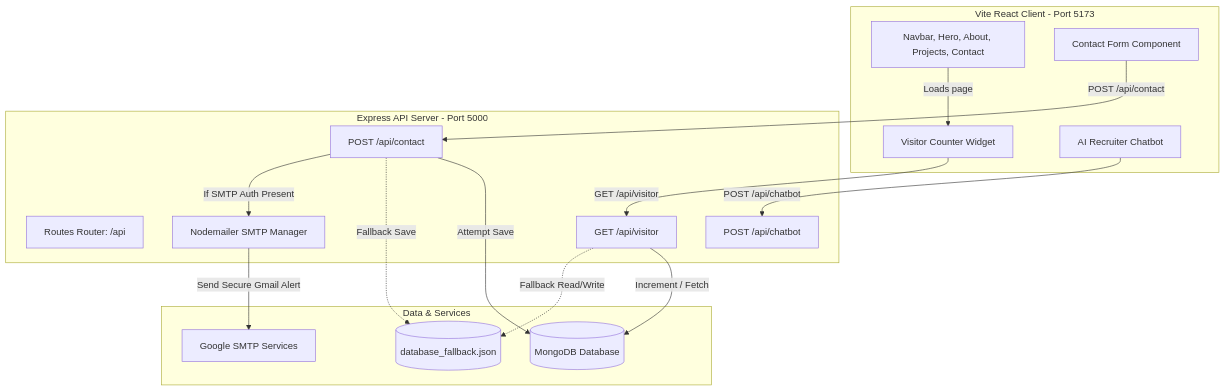
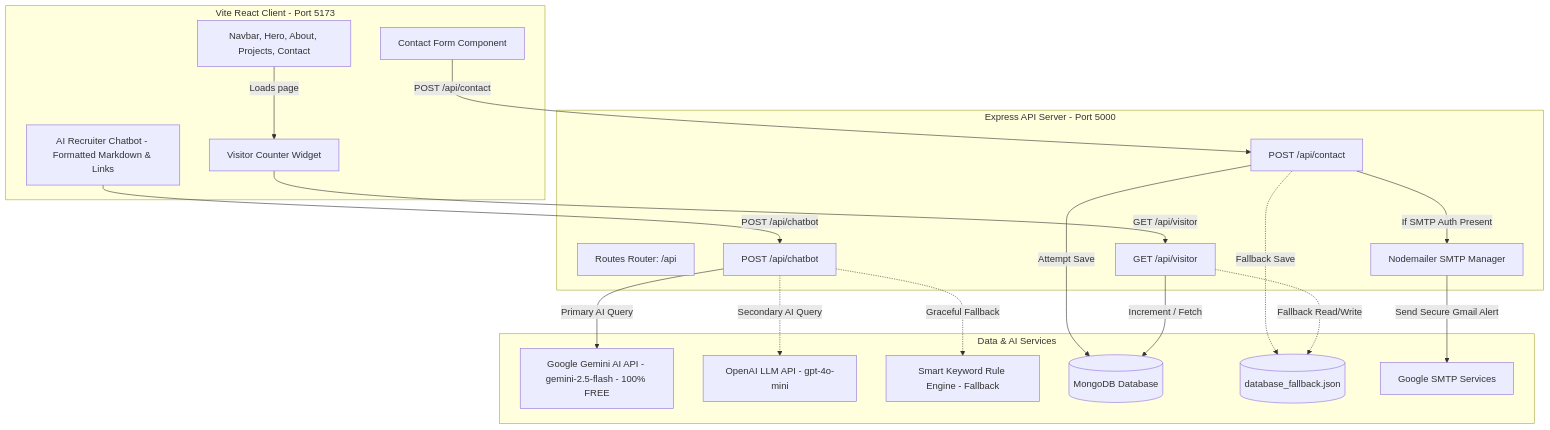
Before and after one commit to Mansehaj12/Personal_Portfolio: the diagram in README.md, drawn with Mermaid. The commit also changed other lines of this file, not shown here.

Commit message:
docs: update README with Google Gemini AI integration and system architecture diagram

````diff
--- a/README.md
+++ b/README.md
@@ -13,42 +13,50 @@
 ```mermaid
 graph TD
     %% Frontend Components
     subgraph Frontend [Vite React Client - Port 5173]
         UI[Navbar, Hero, About, Projects, Contact]
         Form[Contact Form Component]
         VisitorBadge[Visitor Counter Widget]
-        ChatWidget[AI Recruiter Chatbot]
+        ChatWidget[AI Recruiter Chatbot - Formatted Markdown & Links]
     end
 
     %% Backend Controllers
     subgraph Backend [Express API Server - Port 5000]
         API[Routes Router: /api]
         ContactCtrl[POST /api/contact]
         VisitorCtrl[GET /api/visitor]
         ChatCtrl[POST /api/chatbot]
         Nodemailer[Nodemailer SMTP Manager]
     end
 
-    %% Infrastructure
-    subgraph Infrastructure [Data & Services]
+    %% Infrastructure & AI Services
+    subgraph Infrastructure [Data & AI Services]
+        Gemini[Google Gemini AI API - gemini-2.5-flash - 100% FREE]
+        OpenAI[OpenAI LLM API - gpt-4o-mini]
+        SmartRules[Smart Keyword Rule Engine - Fallback]
         Mongo[(MongoDB Database)]
         JSONFallback[(database_fallback.json)]
         Gmail[Google SMTP Services]
     end
 
     %% Connections
     UI -->|Loads page| VisitorBadge
     VisitorBadge -->|GET /api/visitor| VisitorCtrl
     Form -->|POST /api/contact| ContactCtrl
     ChatWidget -->|POST /api/chatbot| ChatCtrl
 
+    %% AI Pipeline Logic
+    ChatCtrl -->|Primary AI Query| Gemini
+    ChatCtrl -.->|Secondary AI Query| OpenAI
+    ChatCtrl -.->|Graceful Fallback| SmartRules
+
     %% DB Logic
     ContactCtrl -->|Attempt Save| Mongo
     ContactCtrl -.->|Fallback Save| JSONFallback
     VisitorCtrl -->|Increment / Fetch| Mongo
     VisitorCtrl -.->|Fallback Read/Write| JSONFallback
 
     %% SMTP Logic
     ContactCtrl -->|If SMTP Auth Present| Nodemailer
     Nodemailer -->|Send Secure Gmail Alert| Gmail
 ```
````
